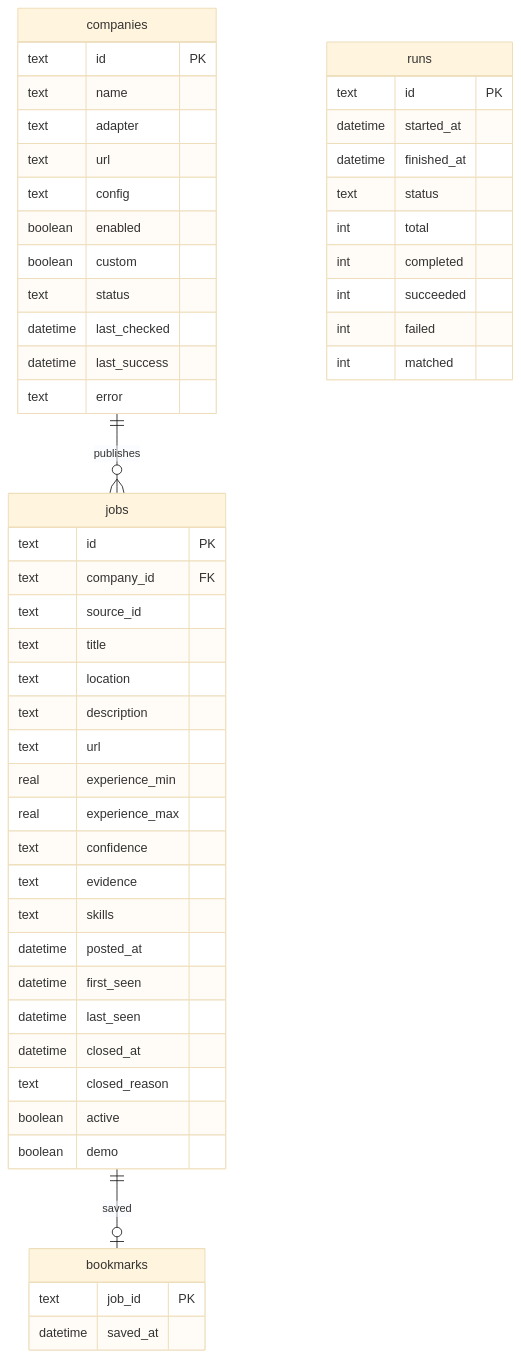
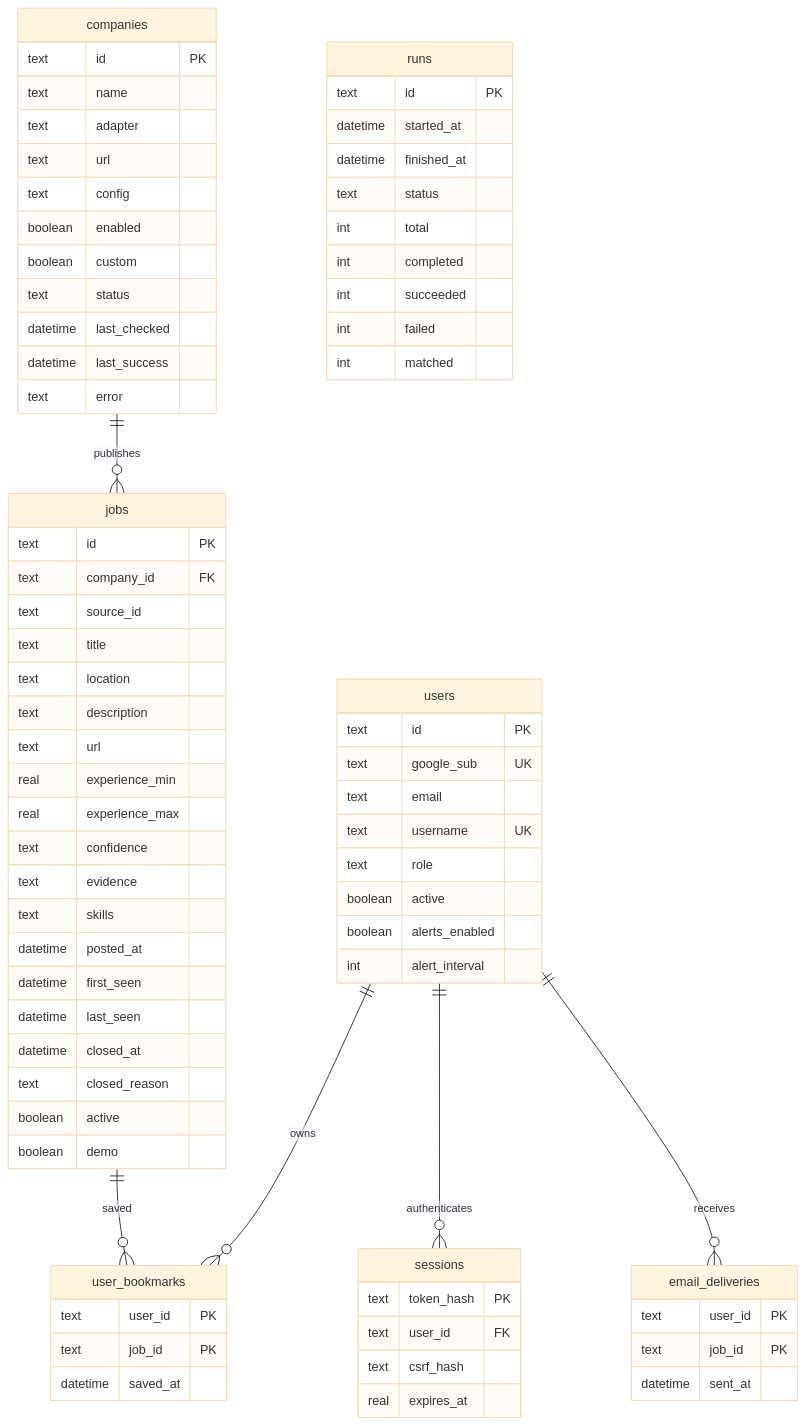
One commit to shivam261/junior-job-radar changed the second of 2 diagrams in docs/architecture.md. Above: the diagram before and after it, drawn with Mermaid (base theme). The commit also changed other lines of this file and 51 other files, not shown here.

First line of the commit message:
Add Google accounts, Gmail alerts and native EC2 HTTPS deployment

````diff
--- a/docs/architecture.md
+++ b/docs/architecture.md
@@ -44,54 +46,79 @@
 ```mermaid
 erDiagram
   companies ||--o{ jobs : publishes
-  jobs ||--o| bookmarks : saved
+  jobs ||--o{ user_bookmarks : saved
+  users ||--o{ user_bookmarks : owns
+  users ||--o{ sessions : authenticates
+  users ||--o{ email_deliveries : receives
   companies {
     text id PK
     text name
     text adapter
     text url
     text config
     boolean enabled
     boolean custom
     text status
     datetime last_checked
     datetime last_success
     text error
   }
   jobs {
     text id PK
     text company_id FK
     text source_id
     text title
     text location
     text description
     text url
     real experience_min
     real experience_max
     text confidence
     text evidence
     text skills
     datetime posted_at
     datetime first_seen
     datetime last_seen
     datetime closed_at
     text closed_reason
     boolean active
     boolean demo
   }
-  bookmarks {
+  user_bookmarks {
+    text user_id PK
     text job_id PK
     datetime saved_at
+  }
+  users {
+    text id PK
+    text google_sub UK
+    text email
+    text username UK
+    text role
+    boolean active
+    boolean alerts_enabled
+    int alert_interval
+  }
+  sessions {
+    text token_hash PK
+    text user_id FK
+    text csrf_hash
+    real expires_at
+  }
+  email_deliveries {
+    text user_id PK
+    text job_id PK
+    datetime sent_at
   }
   runs {
     text id PK
     datetime started_at
     datetime finished_at
     text status
     int total
     int completed
     int succeeded
     int failed
     int matched
   }
 ```
````
